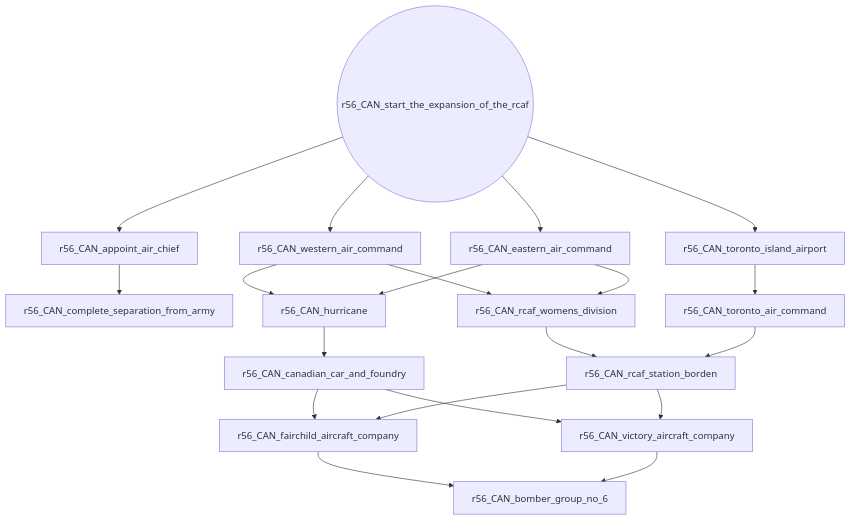
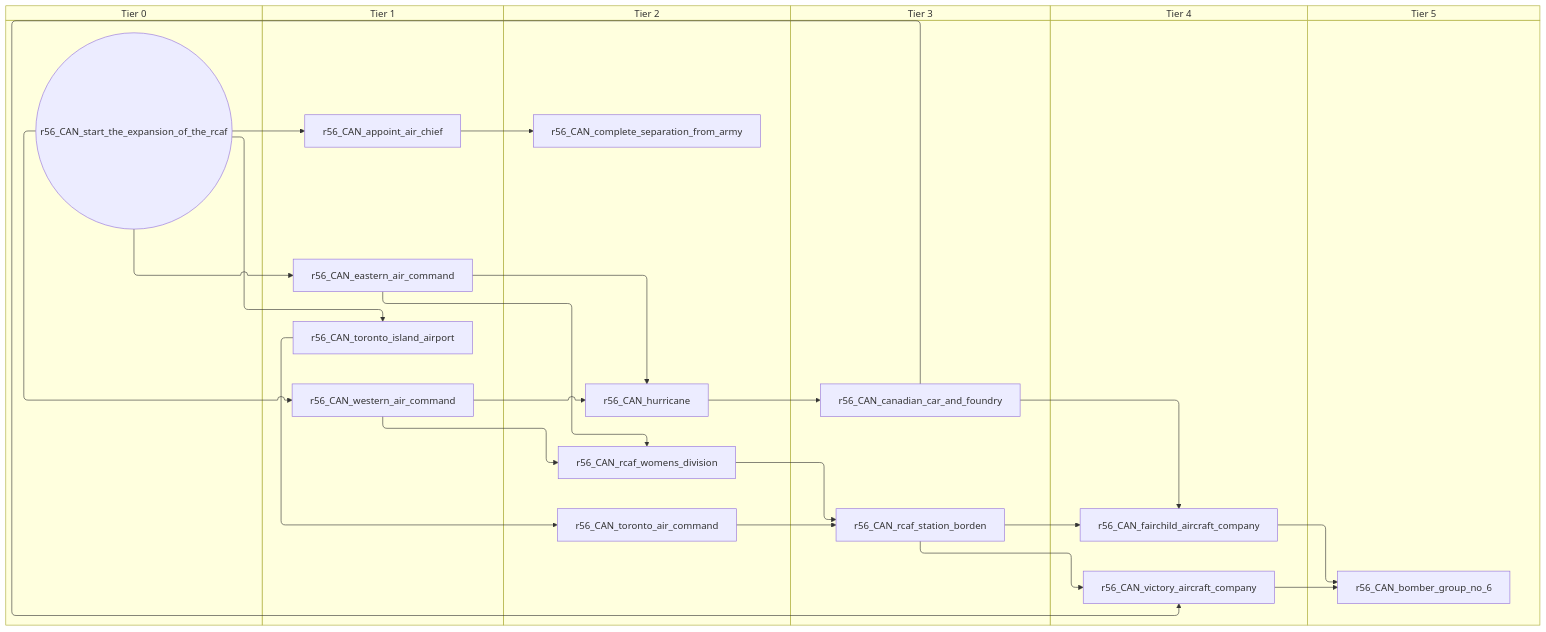
The seventh of 11 diagrams in docs/gdd/National Focuses/canada.md (evgeny-sobol/hoi4-sandbox-mode-r56), drawn with Mermaid before and after one commit. The commit also changed other lines of this file and 423 other files, not shown here.

First line of the commit message:
Re-export Rt56 focus trees as swimlane diagrams

````diff
--- a/docs/gdd/National Focuses/canada.md
+++ b/docs/gdd/National Focuses/canada.md
@@ -625,36 +713,48 @@
 ```mermaid
-flowchart TD
-    n156["r56_CAN_appoint_air_chief"]
-    n157["r56_CAN_bomber_group_no_6"]
-    n158["r56_CAN_canadian_car_and_foundry"]
-    n159["r56_CAN_complete_separation_from_army"]
-    n160["r56_CAN_eastern_air_command"]
-    n161["r56_CAN_fairchild_aircraft_company"]
-    n162["r56_CAN_hurricane"]
-    n163["r56_CAN_rcaf_station_borden"]
-    n164["r56_CAN_rcaf_womens_division"]
-    n165(("r56_CAN_start_the_expansion_of_the_rcaf"))
-    n166["r56_CAN_toronto_air_command"]
-    n167["r56_CAN_toronto_island_airport"]
-    n168["r56_CAN_victory_aircraft_company"]
-    n169["r56_CAN_western_air_command"]
-    n165 --> n156
-    n161 --> n157
-    n168 --> n157
-    n162 --> n158
+swimlane-beta TD
+    subgraph tier_0["Tier 0"]
+        n156(("r56_CAN_start_the_expansion_of_the_rcaf"))
+    end
+    subgraph tier_1["Tier 1"]
+        n157["r56_CAN_appoint_air_chief"]
+        n158["r56_CAN_eastern_air_command"]
+        n159["r56_CAN_toronto_island_airport"]
+        n160["r56_CAN_western_air_command"]
+    end
+    subgraph tier_2["Tier 2"]
+        n161["r56_CAN_complete_separation_from_army"]
+        n162["r56_CAN_hurricane"]
+        n163["r56_CAN_rcaf_womens_division"]
+        n164["r56_CAN_toronto_air_command"]
+    end
+    subgraph tier_3["Tier 3"]
+        n165["r56_CAN_canadian_car_and_foundry"]
+        n166["r56_CAN_rcaf_station_borden"]
+    end
+    subgraph tier_4["Tier 4"]
+        n167["r56_CAN_fairchild_aircraft_company"]
+        n168["r56_CAN_victory_aircraft_company"]
+    end
+    subgraph tier_5["Tier 5"]
+        n169["r56_CAN_bomber_group_no_6"]
+    end
+    n156 --> n157
+    n167 --> n169
+    n168 --> n169
+    n162 --> n165
+    n157 --> n161
+    n156 --> n158
+    n165 --> n167
+    n166 --> n167
+    n160 --> n162
+    n158 --> n162
+    n163 --> n166
+    n164 --> n166
+    n160 --> n163
+    n158 --> n163
+    n159 --> n164
     n156 --> n159
-    n165 --> n160
-    n158 --> n161
-    n163 --> n161
-    n169 --> n162
-    n160 --> n162
-    n164 --> n163
-    n166 --> n163
-    n169 --> n164
-    n160 --> n164
-    n167 --> n166
-    n165 --> n167
-    n158 --> n168
-    n163 --> n168
-    n165 --> n169
+    n165 --> n168
+    n166 --> n168
+    n156 --> n160
 ```
````
